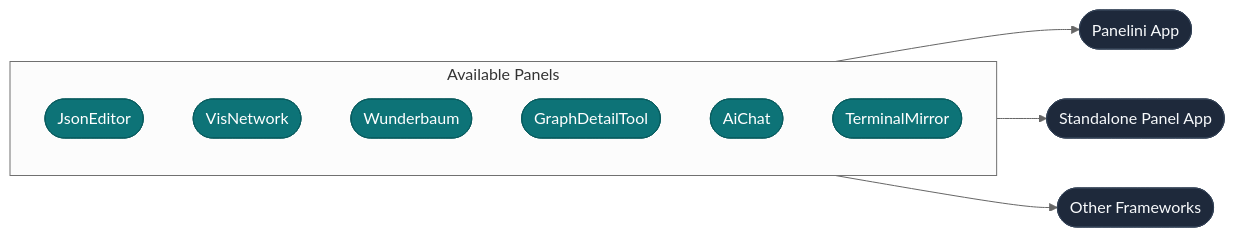
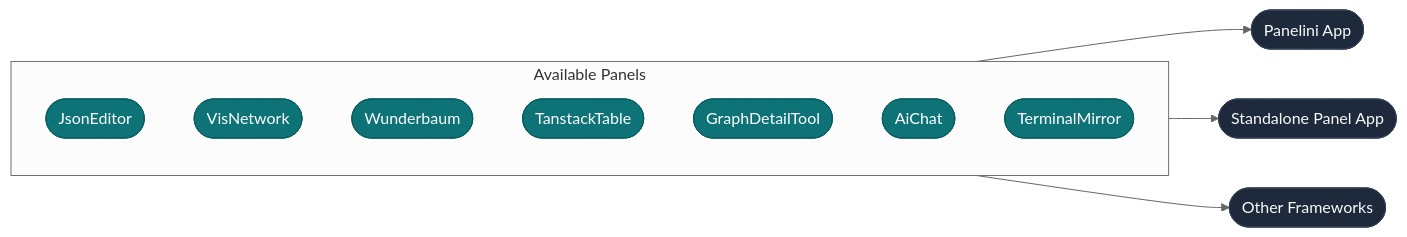
Before and after one commit to opensemanticworld/panelini: the diagram in docs/panels/index.md, drawn with Mermaid (neutral theme). The commit also changed other lines of this file and 2 other files, not shown here.

Commit message:
docs(tanstack): add the TanstackTable panel guide

````diff
--- a/docs/panels/index.md
+++ b/docs/panels/index.md
@@ -46,25 +52,26 @@
 ```{mermaid}
 graph LR
     subgraph panels [" Available Panels "]
         je(["JsonEditor"])
         vn(["VisNetwork"])
         wb(["Wunderbaum"])
+        tst(["TanstackTable"])
         gdt(["GraphDetailTool"])
         ai(["AiChat"])
         tm(["TerminalMirror"])
     end
 
     panelini(["Panelini App"])
     standalone(["Standalone Panel App"])
     other(["Other Frameworks"])
 
     panels --> panelini
     panels --> standalone
     panels --> other
 
     classDef panelNode fill:#0d7377,stroke:#095c5f,color:#ffffff
     classDef targetNode fill:#1e293b,stroke:#334155,color:#f8fafc
 
-    class je,vn,wb,gdt,ai,tm panelNode
+    class je,vn,wb,tst,gdt,ai,tm panelNode
     class panelini,standalone,other targetNode
 ```
````
